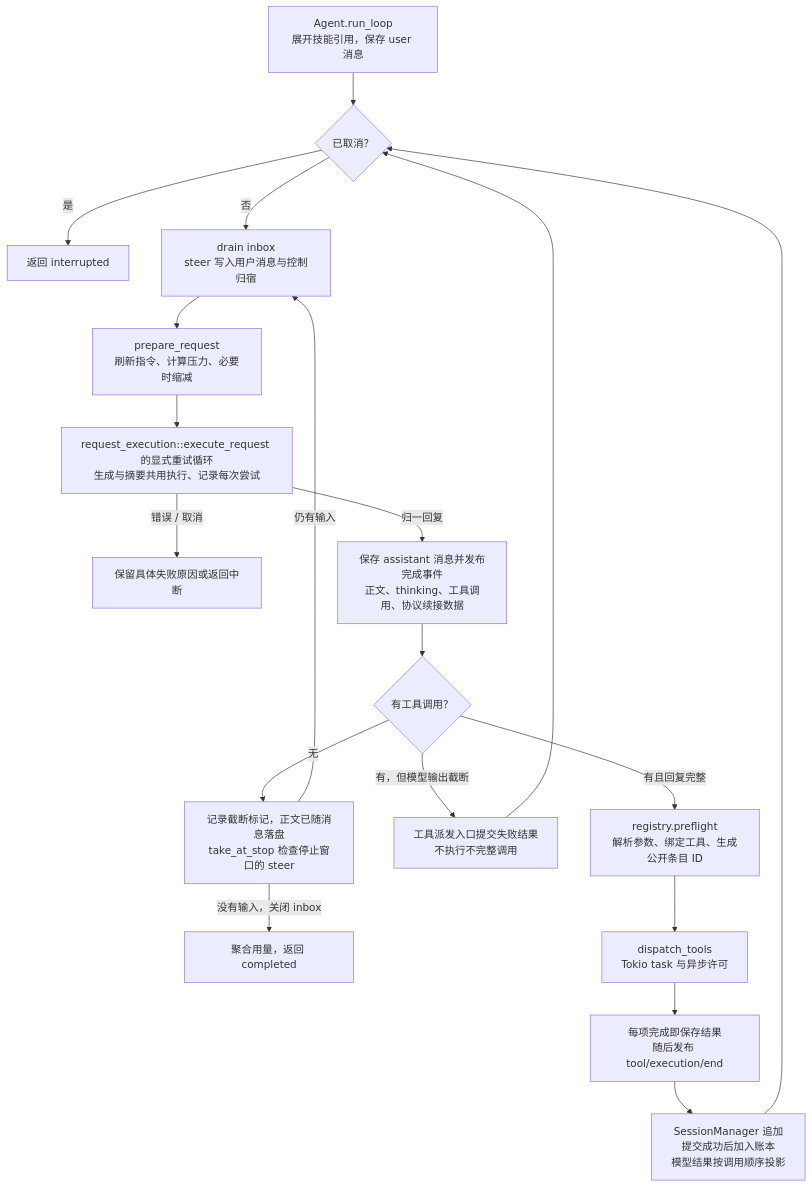
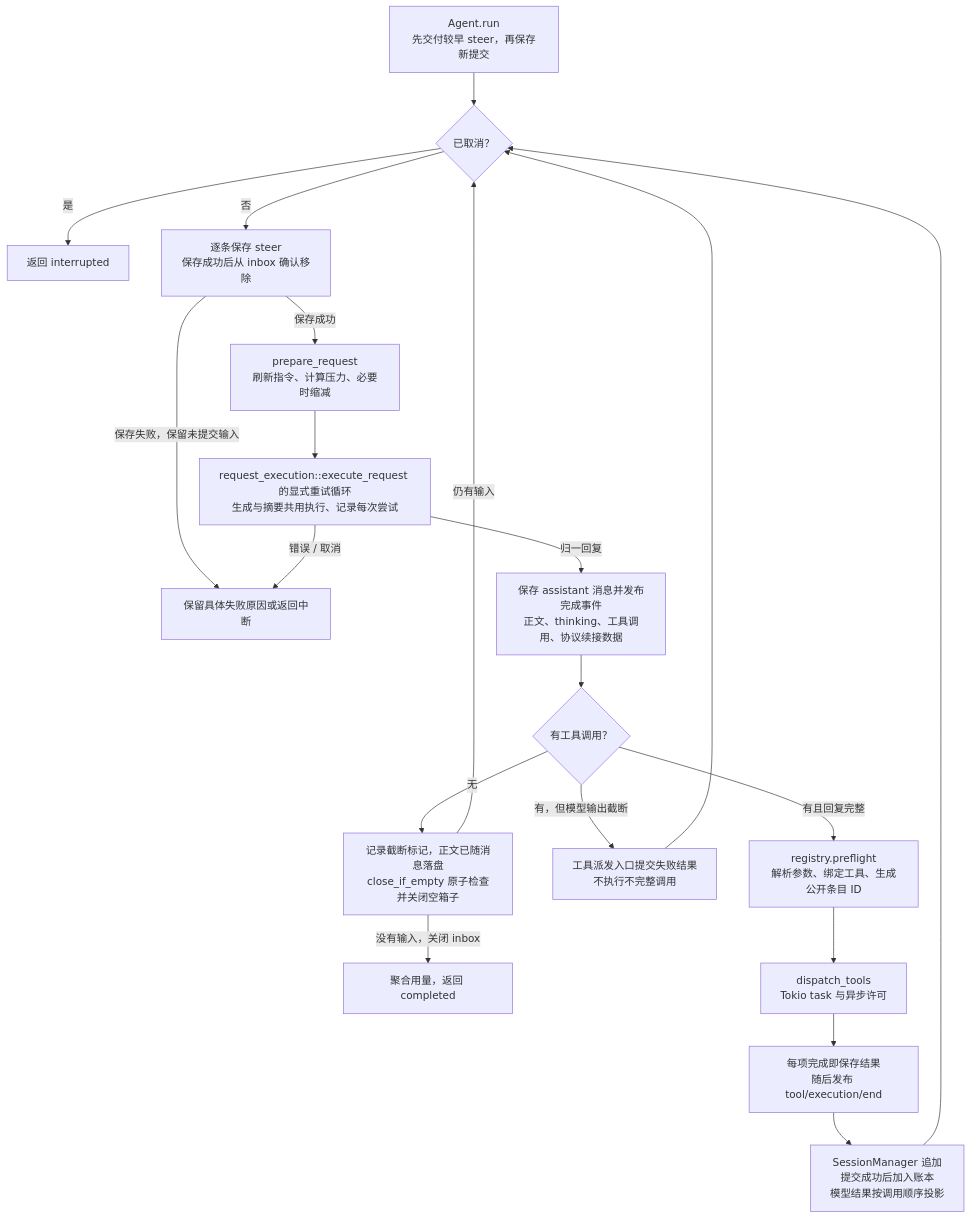
One commit to qjcnmd/singularity-agent changed diagram 14 of 29 in docs/architecture.md. Above: the diagram before and after it, drawn with Mermaid. The commit also changed other lines of this file and 14 other files, not shown here.

````diff
--- a/docs/architecture.md
+++ b/docs/architecture.md
@@ -396,21 +396,22 @@
 ```mermaid
 flowchart TB
-    Input["Agent.run_loop<br/>展开技能引用，保存 user 消息"] --> Cancel{"已取消？"}
+    Input["Agent.run<br/>先交付较早 steer，再保存新提交"] --> Cancel{"已取消？"}
     Cancel -->|"是"| Abort["返回 interrupted"]
-    Cancel -->|"否"| Inbox["drain inbox<br/>steer 写入用户消息与控制归宿"]
-    Inbox --> Prepare["prepare_request<br/>刷新指令、计算压力、必要时缩减"]
+    Cancel -->|"否"| Inbox["逐条保存 steer<br/>保存成功后从 inbox 确认移除"]
+    Inbox -->|"保存失败，保留未提交输入"| Failure
+    Inbox -->|"保存成功"| Prepare["prepare_request<br/>刷新指令、计算压力、必要时缩减"]
     Prepare --> Request["request_execution::execute_request 的显式重试循环<br/>生成与摘要共用执行、记录每次尝试"]
     Request -->|"错误 / 取消"| Failure["保留具体失败原因或返回中断"]
     Request -->|"归一回复"| Assistant["保存 assistant 消息并发布完成事件<br/>正文、thinking、工具调用、协议续接数据"]
     Assistant --> Calls{"有工具调用？"}
-    Calls -->|"无"| Stop["记录截断标记，正文已随消息落盘<br/>take_at_stop 检查停止窗口的 steer"]
-    Stop -->|"仍有输入"| Inbox
+    Calls -->|"无"| Stop["记录截断标记，正文已随消息落盘<br/>close_if_empty 原子检查并关闭空箱子"]
+    Stop -->|"仍有输入"| Cancel
     Stop -->|"没有输入，关闭 inbox"| Completed["聚合用量，返回 completed"]
     Calls -->|"有，但模型输出截断"| Truncated["工具派发入口提交失败结果<br/>不执行不完整调用"]
     Truncated --> Cancel
     Calls -->|"有且回复完整"| Preflight["registry.preflight<br/>解析参数、绑定工具、生成公开条目 ID"]
     Preflight --> Dispatch["dispatch_tools<br/>Tokio task 与异步许可"]
     Dispatch --> Results["每项完成即保存结果<br/>随后发布 tool/execution/end"]
     Results --> Context["SessionManager 追加<br/>提交成功后加入账本<br/>模型结果按调用顺序投影"]
     Context --> Cancel
 ```
````
